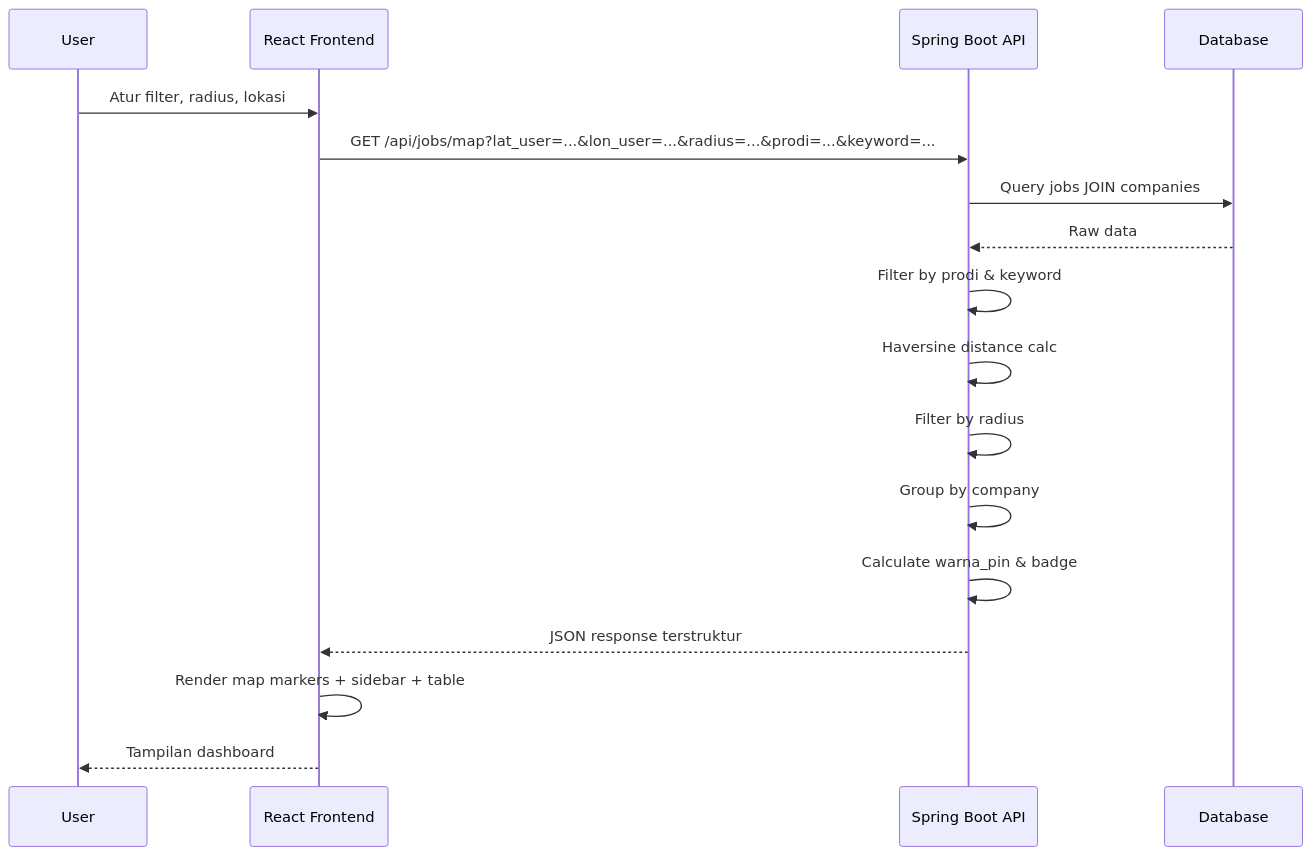
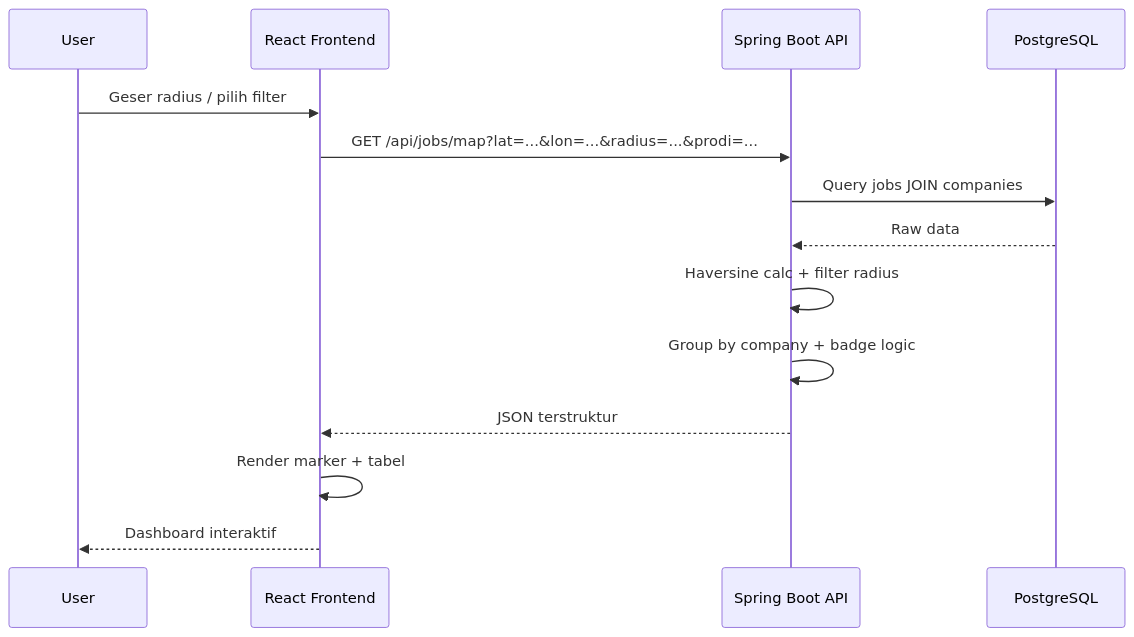
The second of 2 diagrams in README.md (arityo182/GeoJobHunterMaganghubDay1), drawn with Mermaid before and after one commit. The commit also changed other lines of this file, not shown here.

````diff
--- a/README.md
+++ b/README.md
@@ -33,20 +84,17 @@
 ```mermaid
 sequenceDiagram
     participant User
-    participant Frontend as React Frontend
+    participant FE as React Frontend
     participant API as Spring Boot API
-    participant DB as Database
+    participant DB as PostgreSQL
     
-    User->>Frontend: Atur filter, radius, lokasi
-    Frontend->>API: GET /api/jobs/map?lat_user=...&lon_user=...&radius=...&prodi=...&keyword=...
+    User->>FE: Geser radius / pilih filter
+    FE->>API: GET /api/jobs/map?lat=...&lon=...&radius=...&prodi=...
     API->>DB: Query jobs JOIN companies
     DB-->>API: Raw data
-    API->>API: Filter by prodi & keyword
-    API->>API: Haversine distance calc
-    API->>API: Filter by radius
-    API->>API: Group by company
-    API->>API: Calculate warna_pin & badge
-    API-->>Frontend: JSON response terstruktur
-    Frontend->>Frontend: Render map markers + sidebar + table
-    Frontend-->>User: Tampilan dashboard
+    API->>API: Haversine calc + filter radius
+    API->>API: Group by company + badge logic
+    API-->>FE: JSON terstruktur
+    FE->>FE: Render marker + tabel
+    FE-->>User: Dashboard interaktif
 ```
````
